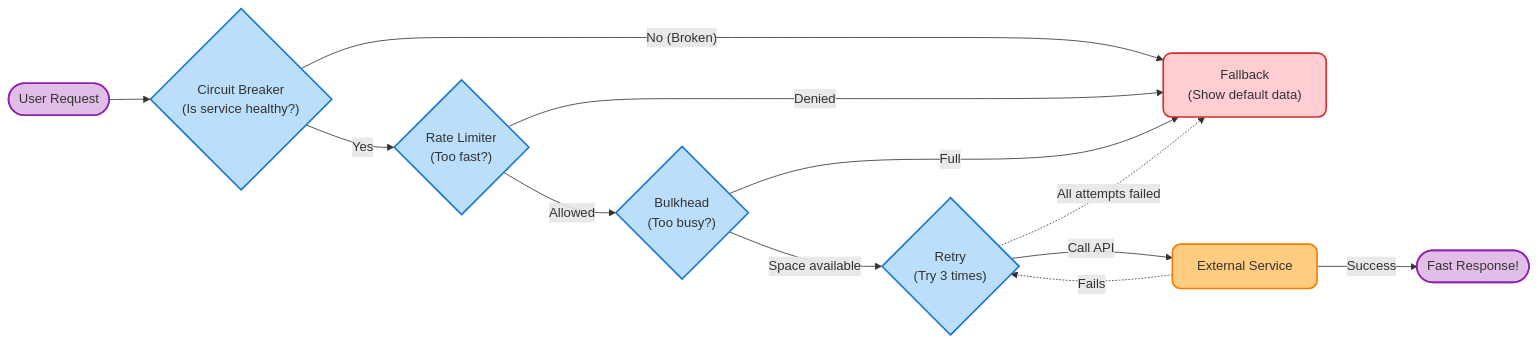
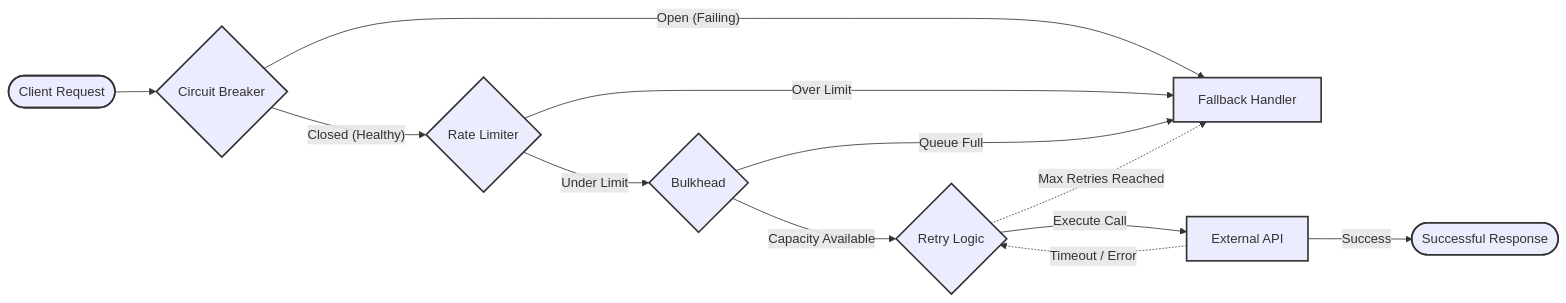
Before and after one commit to Sat-14/PyFault-Tolerance: the diagram in README.md, drawn with Mermaid. The commit also changed other lines of this file, not shown here.

Commit message:
Update README with technical details and robust diagrams

````diff
--- a/README.md
+++ b/README.md
@@ -22,25 +11,21 @@
 ```mermaid
 flowchart LR
-    %% Friendly styling
-    classDef client fill:#E1BEE7,stroke:#8E24AA,stroke-width:2px,color:#333,rx:10,ry:10
-    classDef protection fill:#BBDEFB,stroke:#1976D2,stroke-width:2px,color:#333,rx:5,ry:5
-    classDef external fill:#FFCC80,stroke:#F57C00,stroke-width:2px,color:#333,rx:10,ry:10
-    classDef error fill:#FFCDD2,stroke:#D32F2F,stroke-width:2px,color:#333,rx:10,ry:10
+    classDef component stroke:#333,stroke-width:2px;
 
-    Req([" User Request"]):::client --> CB{"Circuit Breaker\n(Is service healthy?)"}:::protection
+    Req(["Client Request"]):::component --> CB{"Circuit Breaker"}:::component
     
-    CB -- Yes --> RL{"Rate Limiter\n(Too fast?)"}:::protection
-    CB -- No (Broken) --> FB["Fallback\n(Show default data)"]:::error
+    CB -- Closed (Healthy) --> RL{"Rate Limiter"}:::component
+    CB -- Open (Failing) --> FB["Fallback Handler"]:::component
     
-    RL -- Allowed --> BH{"Bulkhead\n(Too busy?)"}:::protection
-    RL -- Denied --> FB
+    RL -- Under Limit --> BH{"Bulkhead"}:::component
+    RL -- Over Limit --> FB
     
-    BH -- Space available --> RT{"Retry\n(Try 3 times)"}:::protection
-    BH -- Full --> FB
+    BH -- Capacity Available --> RT{"Retry Logic"}:::component
+    BH -- Queue Full --> FB
     
-    RT -- "Call API" --> Ext[" External Service"]:::external
-    Ext -.->|Fails| RT
+    RT -- Execute Call --> Ext["External API"]:::component
+    Ext -.->|Timeout / Error| RT
     
-    Ext -->|Success| Success([" Fast Response!"]):::client
-    RT -.->|All attempts failed| FB
+    Ext -->|Success| Success(["Successful Response"]):::component
+    RT -.->|Max Retries Reached| FB
 ```
````
